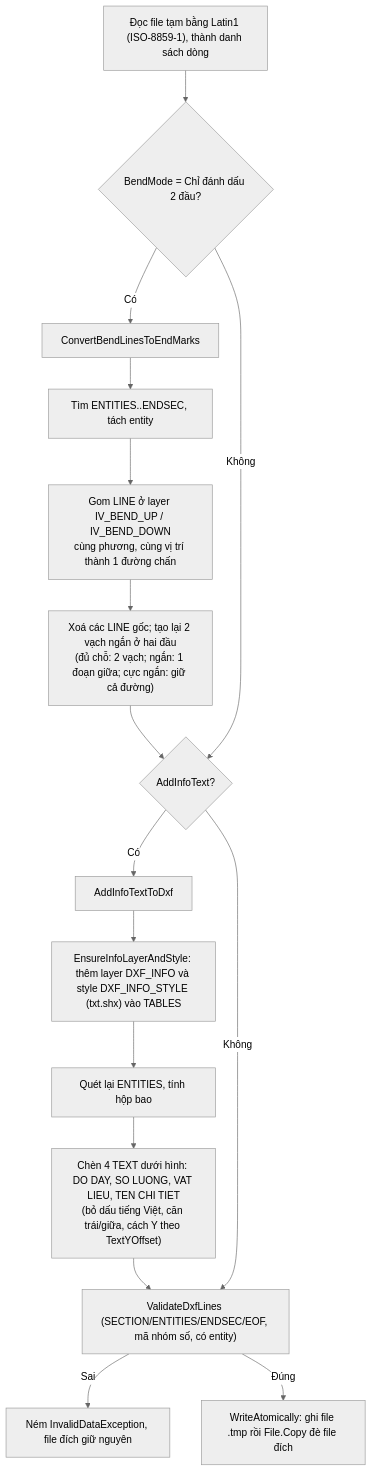
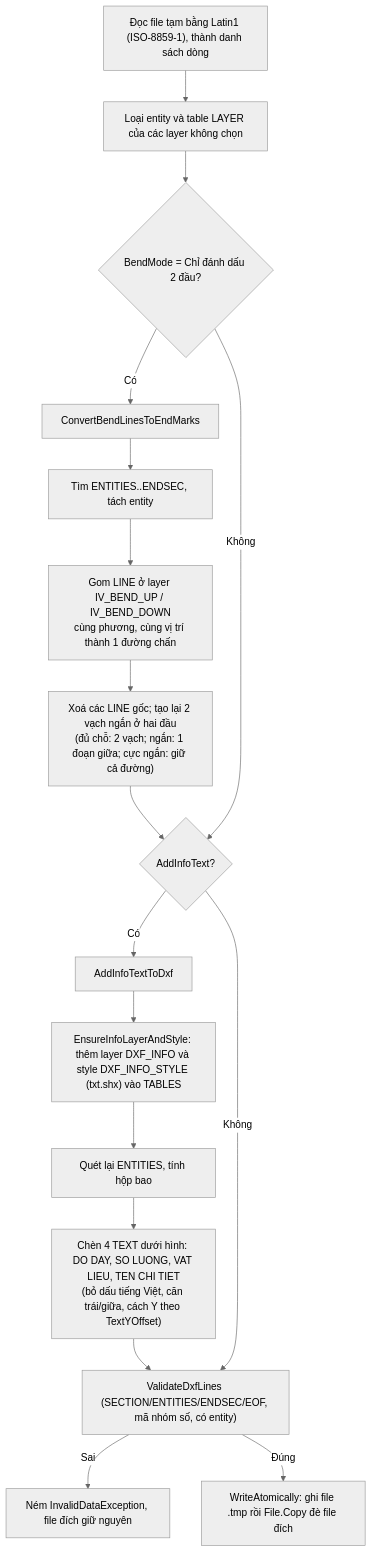
The sixth of 8 diagrams in ARCHITECTURE.md (PiDiDii/DXF-Exporter-Pro), drawn with Mermaid (neutral theme) before and after one commit. The commit also changed other lines of this file and 51 other files, not shown here.

````diff
--- a/ARCHITECTURE.md
+++ b/ARCHITECTURE.md
@@ -196,18 +195,19 @@
 ```mermaid
 flowchart TD
-    A["Đọc file tạm bằng Latin1 (ISO-8859-1), thành danh sách dòng"] --> B{"BendMode = Chỉ đánh dấu 2 đầu?"}
+    A["Đọc file tạm bằng Latin1 (ISO-8859-1), thành danh sách dòng"] --> A1["Loại entity và table LAYER của các layer không chọn"]
+    A1 --> B{"BendMode = Chỉ đánh dấu 2 đầu?"}
     B -- Có --> C["ConvertBendLinesToEndMarks"]
     C --> C1["Tìm ENTITIES..ENDSEC, tách entity"]
     C1 --> C2["Gom LINE ở layer IV_BEND_UP / IV_BEND_DOWN<br/>cùng phương, cùng vị trí thành 1 đường chấn"]
     C2 --> C3["Xoá các LINE gốc; tạo lại 2 vạch ngắn ở hai đầu<br/>(đủ chỗ: 2 vạch; ngắn: 1 đoạn giữa; cực ngắn: giữ cả đường)"]
     C3 --> D
     B -- Không --> D{"AddInfoText?"}
     D -- Có --> E["AddInfoTextToDxf"]
     E --> E1["EnsureInfoLayerAndStyle: thêm layer DXF_INFO và style DXF_INFO_STYLE (txt.shx) vào TABLES"]
     E1 --> E2["Quét lại ENTITIES, tính hộp bao"]
     E2 --> E3["Chèn 4 TEXT dưới hình: DO DAY, SO LUONG, VAT LIEU, TEN CHI TIET<br/>(bỏ dấu tiếng Việt, căn trái/giữa, cách Y theo TextYOffset)"]
     E3 --> F
     D -- Không --> F["ValidateDxfLines (SECTION/ENTITIES/ENDSEC/EOF, mã nhóm số, có entity)"]
     F -- Sai --> X["Ném InvalidDataException, file đích giữ nguyên"]
     F -- Đúng --> G["WriteAtomically: ghi file .tmp rồi File.Copy đè file đích"]
 ```
````
